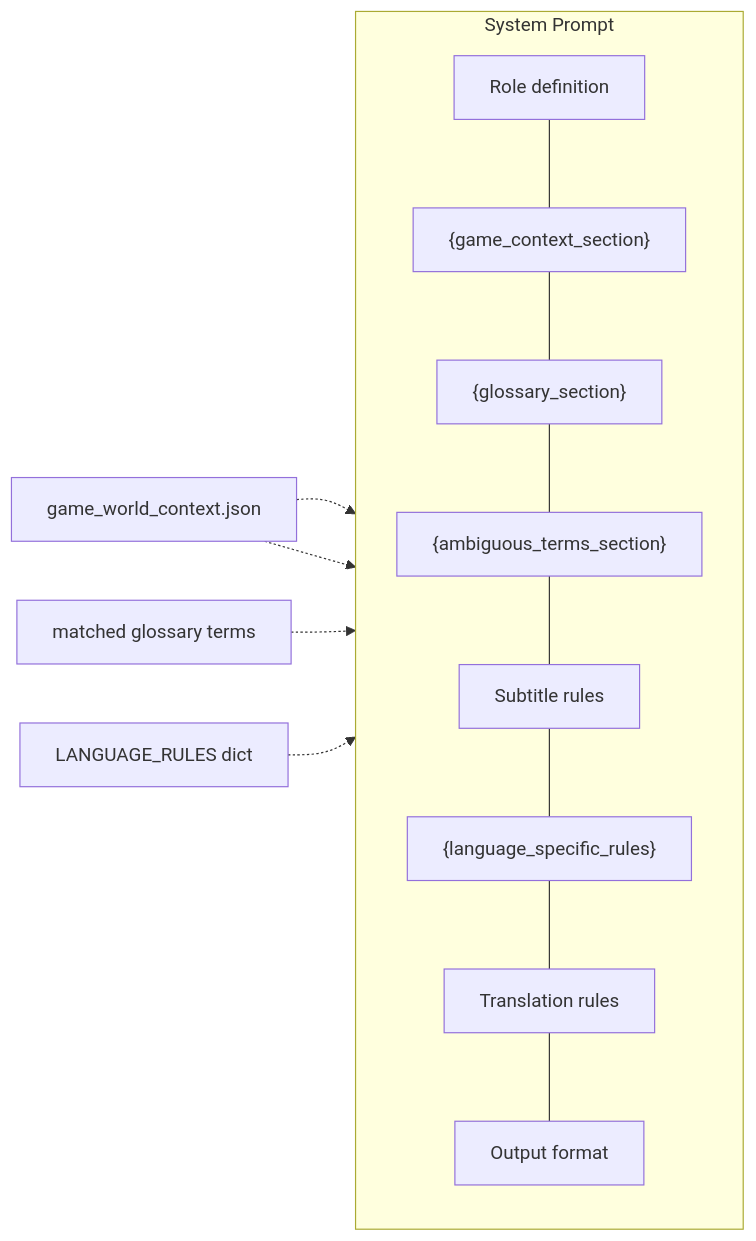
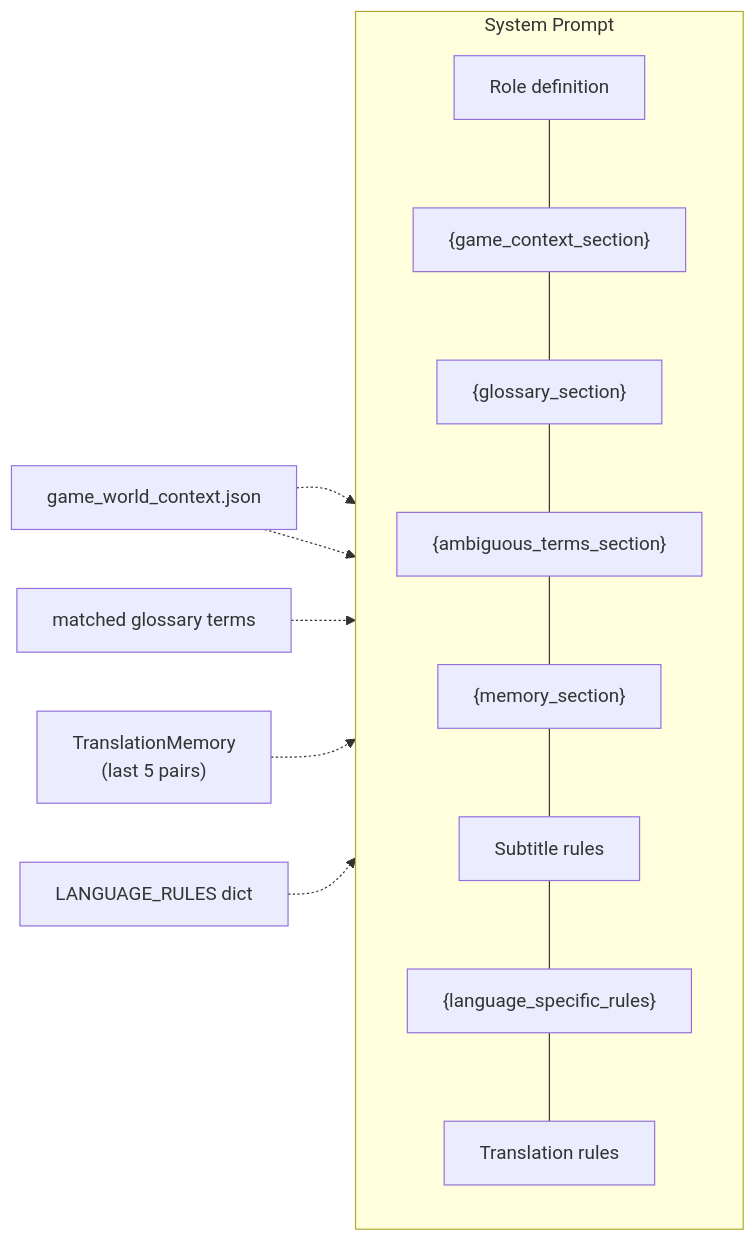
Before and after one commit to Sandman-Ren/yaki-ika: the second of 3 diagrams in docs/ARCHITECTURE.md, drawn with Mermaid. The commit also changed other lines of this file, not shown here.

First line of the commit message:
docs: update architecture docs for structured output translation pipeline

````diff
--- a/docs/ARCHITECTURE.md
+++ b/docs/ARCHITECTURE.md
@@ -279,20 +281,21 @@
 ```mermaid
 graph LR
     subgraph "System Prompt"
         direction TB
         P1["Role definition"]
         P2["{game_context_section}"]
         P3["{glossary_section}"]
         P4["{ambiguous_terms_section}"]
-        P5["Subtitle rules"]
-        P6["{language_specific_rules}"]
-        P7["Translation rules"]
-        P8["Output format"]
+        P5["{memory_section}"]
+        P6["Subtitle rules"]
+        P7["{language_specific_rules}"]
+        P8["Translation rules"]
         P1 --- P2 --- P3 --- P4 --- P5 --- P6 --- P7 --- P8
     end
 
     GC["game_world_context.json"] -.-> P2
     GL["matched glossary terms"] -.-> P3
     GC -.-> P4
-    LC["LANGUAGE_RULES dict"] -.-> P6
+    TM["TranslationMemory\n(last 5 pairs)"] -.-> P5
+    LC["LANGUAGE_RULES dict"] -.-> P7
 ```
````
